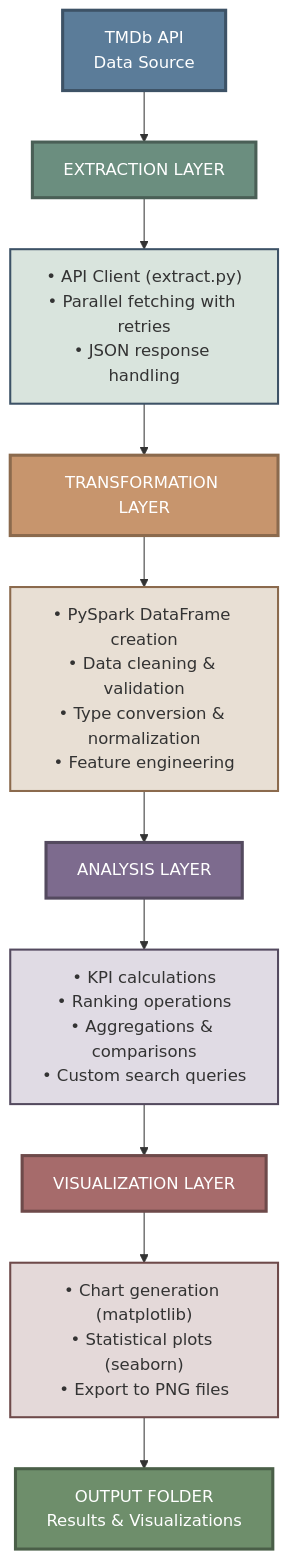
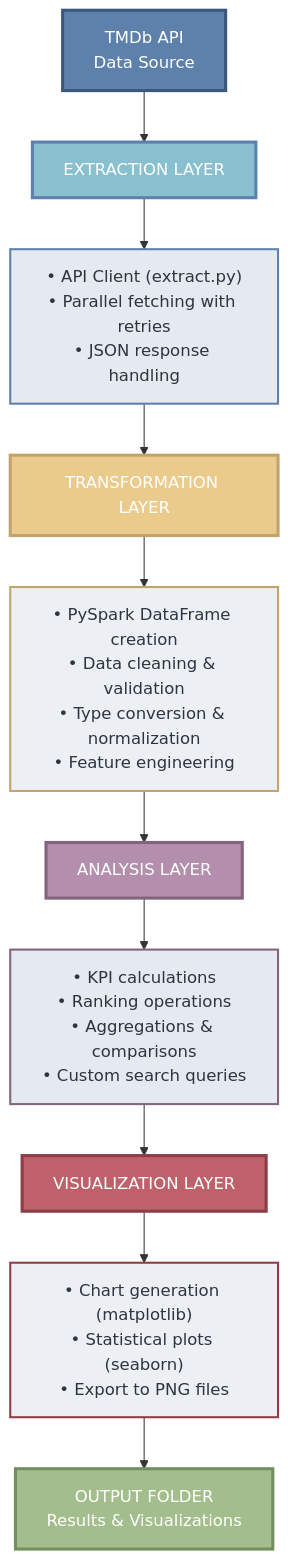
One commit to evans-ankomah/TMDB-Movie-Data-Analysis-using-PySpark-and-APIs changed the diagram in README.md. Above: the diagram before and after it, drawn with Mermaid. The commit also changed other lines of this file, not shown here.

````diff
--- a/README.md
+++ b/README.md
@@ -82,31 +82,32 @@
 ```mermaid
 graph TD
     A[TMDb API<br/>Data Source] --> B[EXTRACTION LAYER]
     
     B --> B1["• API Client (extract.py)<br/>• Parallel fetching with retries<br/>• JSON response handling"]
     
     B1 --> C[TRANSFORMATION LAYER]
     
     C --> C1["• PySpark DataFrame creation<br/>• Data cleaning & validation<br/>• Type conversion & normalization<br/>• Feature engineering"]
     
     C1 --> D[ANALYSIS LAYER]
     
     D --> D1["• KPI calculations<br/>• Ranking operations<br/>• Aggregations & comparisons<br/>• Custom search queries"]
     
     D1 --> E[VISUALIZATION LAYER]
     
     E --> E1["• Chart generation (matplotlib)<br/>• Statistical plots (seaborn)<br/>• Export to PNG files"]
     
     E1 --> F[OUTPUT FOLDER<br/>Results & Visualizations]
     
-    style A fill:#5B7C99,stroke:#3D5266,stroke-width:3px,color:#fff
-    style B fill:#6B8E7F,stroke:#4A5F56,stroke-width:3px,color:#fff
-    style C fill:#C7956D,stroke:#8B6A4D,stroke-width:3px,color:#fff
-    style D fill:#7D6B8E,stroke:#544A5F,stroke-width:3px,color:#fff
-    style E fill:#A66B6B,stroke:#6E4A4A,stroke-width:3px,color:#fff
-    style F fill:#6E8E6B,stroke:#4A5F48,stroke-width:3px,color:#fff
-    style B1 fill:#D9E4DD,stroke:#3D5266,stroke-width:2px
-    style C1 fill:#E8DFD4,stroke:#8B6A4D,stroke-width:2px
-    style D1 fill:#E0DBE4,stroke:#544A5F,stroke-width:2px
-    style E1 fill:#E4D9D9,stroke:#6E4A4A,stroke-width:2px
+    style A fill:#5E81AC,stroke:#3B577D,stroke-width:3px,color:#fff
+    style B fill:#88C0D0,stroke:#5E81AC,stroke-width:3px,color:#fff
+    style C fill:#EBCB8B,stroke:#C2A36B,stroke-width:3px,color:#fff
+    style D fill:#B48EAD,stroke:#84637D,stroke-width:3px,color:#fff
+    style E fill:#BF616A,stroke:#8C3D45,stroke-width:3px,color:#fff
+    style F fill:#A3BE8C,stroke:#748F5D,stroke-width:3px,color:#fff
+    
+    style B1 fill:#E5E9F0,stroke:#5E81AC,stroke-width:2px,color:#2E3440
+    style C1 fill:#ECEFF4,stroke:#C2A36B,stroke-width:2px,color:#2E3440
+    style D1 fill:#E5E9F0,stroke:#84637D,stroke-width:2px,color:#2E3440
+    style E1 fill:#ECEFF4,stroke:#8C3D45,stroke-width:2px,color:#2E3440
 ```
````
